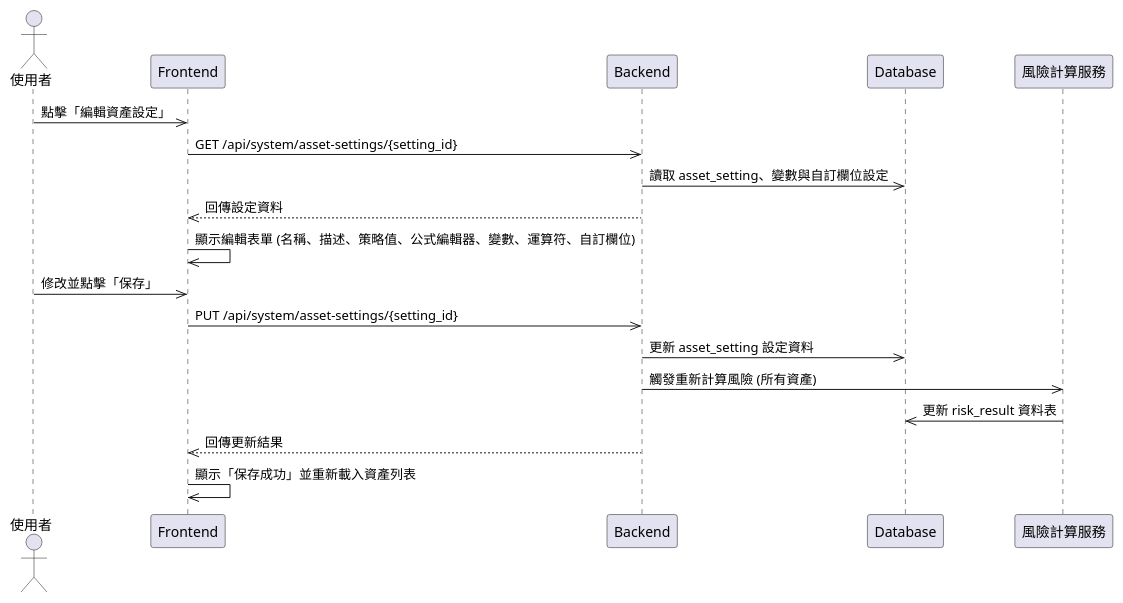
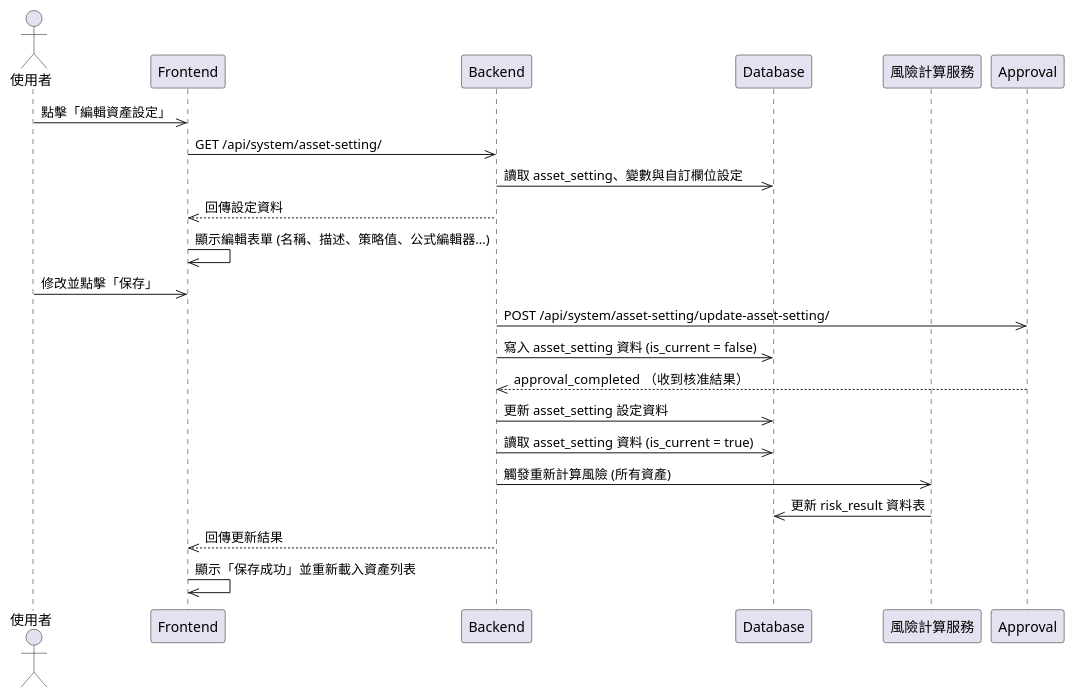
Before and after one commit to walle45611/NTUB_SecuManag_Diagram: the diagram in mermaid/sequence/asset_setting_edit.puml, drawn with PlantUML. The commit also changed 6 other files, not shown here.

First line of the commit message:
feat: 更新循序圖 (#2)

```diff
--- a/mermaid/sequence/asset_setting_edit.puml
+++ b/mermaid/sequence/asset_setting_edit.puml
@@ -1,21 +1,27 @@
 @startuml
 
 actor User as "使用者"
 participant Frontend
 participant Backend
 participant Database
 participant Service as "風險計算服務"
 
 User ->> Frontend: 點擊「編輯資產設定」
-Frontend ->> Backend: GET /api/system/asset-settings/{setting_id}
+Frontend ->> Backend: GET /api/system/asset-setting/
 Backend ->> Database: 讀取 asset_setting、變數與自訂欄位設定
 Backend -->> Frontend: 回傳設定資料
-Frontend ->> Frontend: 顯示編輯表單 (名稱、描述、策略值、公式編輯器、變數、運算符、自訂欄位)
+Frontend ->> Frontend: 顯示編輯表單 (名稱、描述、策略值、公式編輯器...)
 User ->> Frontend: 修改並點擊「保存」
-Frontend ->> Backend: PUT /api/system/asset-settings/{setting_id}
+Backend ->> Approval: POST /api/system/asset-setting/update-asset-setting/
+Backend ->> Database: 寫入 asset_setting 資料 (is_current = false)
+Approval-->>Backend: approval_completed  （收到核准結果）
+
+
 Backend ->> Database: 更新 asset_setting 設定資料
+Backend ->> Database: 讀取 asset_setting 資料 (is_current = true)
+
 Backend ->> Service: 觸發重新計算風險 (所有資產)
 Service ->> Database: 更新 risk_result 資料表
 Backend -->> Frontend: 回傳更新結果
 Frontend ->> Frontend: 顯示「保存成功」並重新載入資產列表
 @enduml
```
